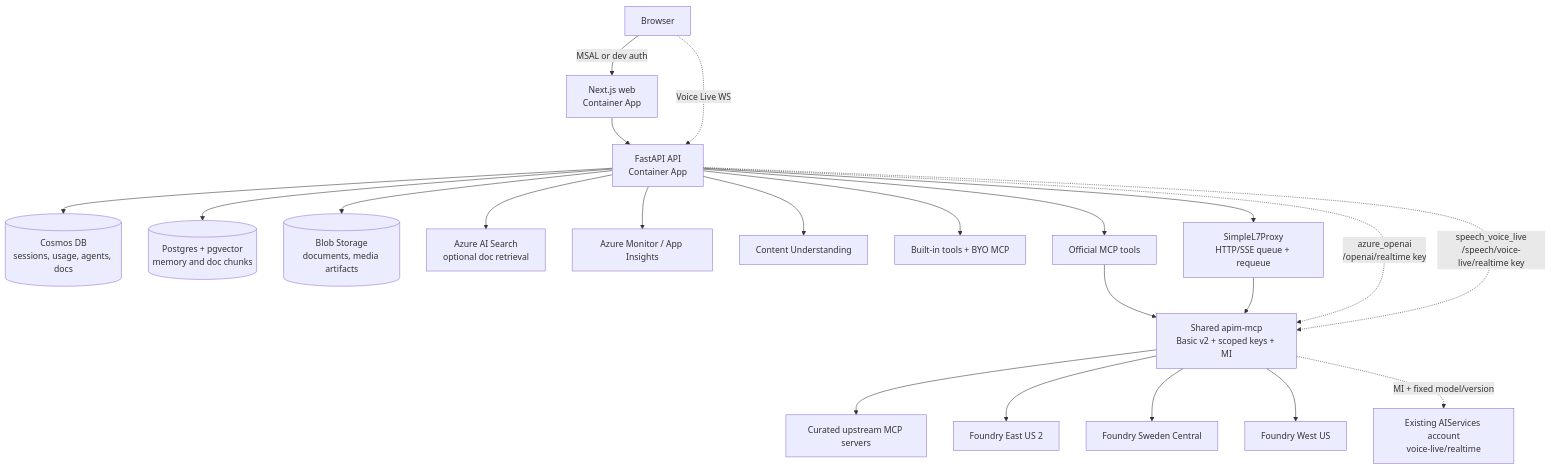
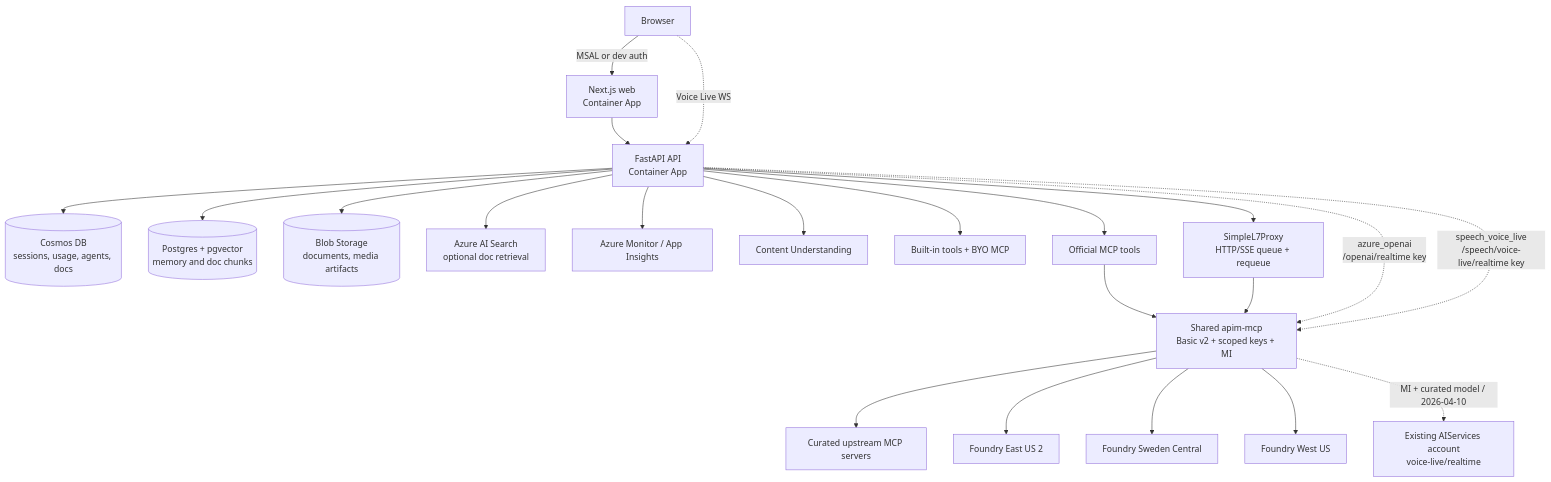
One commit to ian-t-adams/AI4IA changed the first of 6 diagrams in docs/architecture.md. Above: the diagram before and after it, drawn with Mermaid. The commit also changed other lines of this file and 29 other files, not shown here.

````diff
--- a/docs/architecture.md
+++ b/docs/architecture.md
@@ -12,24 +12,24 @@
 ```mermaid
 flowchart TB
   User[Browser] -->|MSAL or dev auth| Web[Next.js web<br/>Container App]
   Web --> API[FastAPI API<br/>Container App]
   User -. Voice Live WS .-> API
   API --> Cosmos[(Cosmos DB<br/>sessions, usage, agents, docs)]
   API --> Pg[(Postgres + pgvector<br/>memory and doc chunks)]
   API --> Blob[(Blob Storage<br/>documents, media artifacts)]
   API --> Search[Azure AI Search<br/>optional doc retrieval]
   API --> Monitor[Azure Monitor / App Insights]
   API --> CU[Content Understanding]
   API --> Tools[Built-in tools + BYO MCP]
   API --> OffMCP[Official MCP tools]
   OffMCP --> APIM[Shared apim-mcp<br/>Basic v2 + scoped keys + MI]
   APIM --> MCPUp[Curated upstream MCP servers]
   API --> Proxy[SimpleL7Proxy<br/>HTTP/SSE queue + requeue]
   Proxy --> APIM
   API -. "azure_openai<br/>/openai/realtime key" .-> APIM
   API -. "speech_voice_live<br/>/speech/voice-live/realtime key" .-> APIM
   APIM --> EUS2[Foundry East US 2]
   APIM --> SWC[Foundry Sweden Central]
   APIM --> WUS[Foundry West US]
-  APIM -.->|MI + fixed model/version| SpeechAcct[Existing AIServices account<br/>voice-live/realtime]
+  APIM -.->|MI + curated model / 2026-04-10| SpeechAcct[Existing AIServices account<br/>voice-live/realtime]
 ```
````
